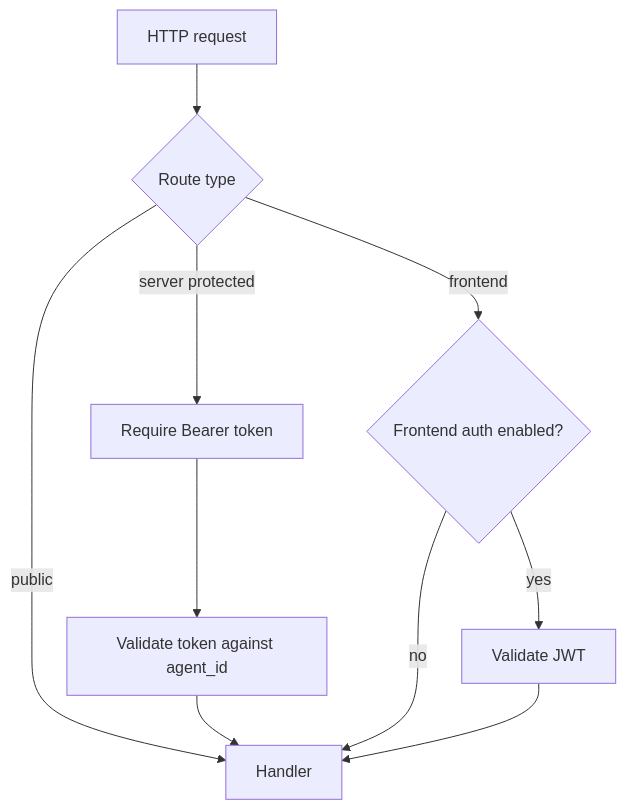
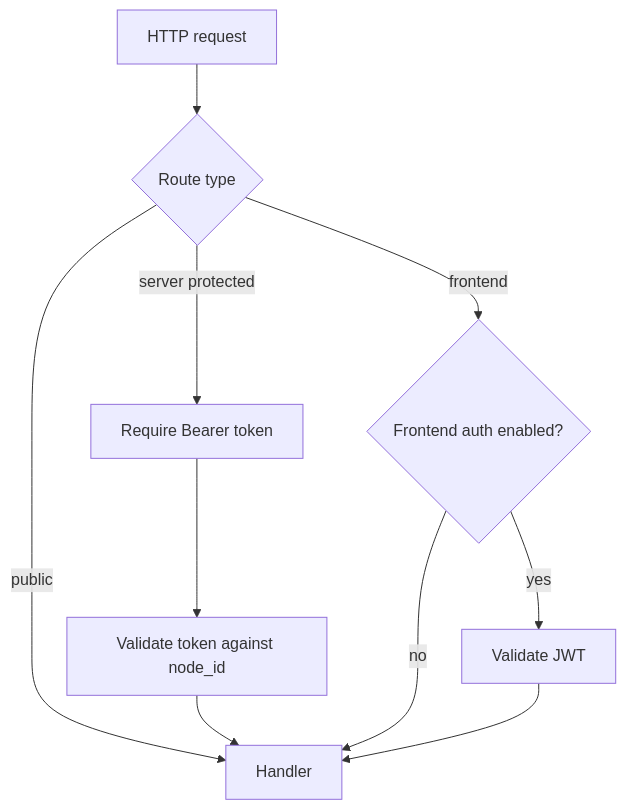
Before and after one commit to sunday-studio/orion: the first of 4 diagrams in docs/architecture/core-features.md, drawn with Mermaid. The commit also changed other lines of this file and 815 other files, not shown here.

First line of the commit message:
refactor(repo): rename agent to node, mechanical part

````diff
--- a/docs/architecture/core-features.md
+++ b/docs/architecture/core-features.md
@@ -39,12 +39,12 @@
 ```mermaid
 flowchart TD
   Request["HTTP request"] --> RouteType{"Route type"}
   RouteType -- "public" --> Handler["Handler"]
   RouteType -- "server protected" --> Bearer["Require Bearer token"]
-  Bearer --> Validate["Validate token against agent_id"]
+  Bearer --> Validate["Validate token against node_id"]
   Validate --> Handler
   RouteType -- "frontend" --> AuthOn{"Frontend auth enabled?"}
   AuthOn -- "no" --> Handler
   AuthOn -- "yes" --> JWT["Validate JWT"]
   JWT --> Handler
 ```
````
